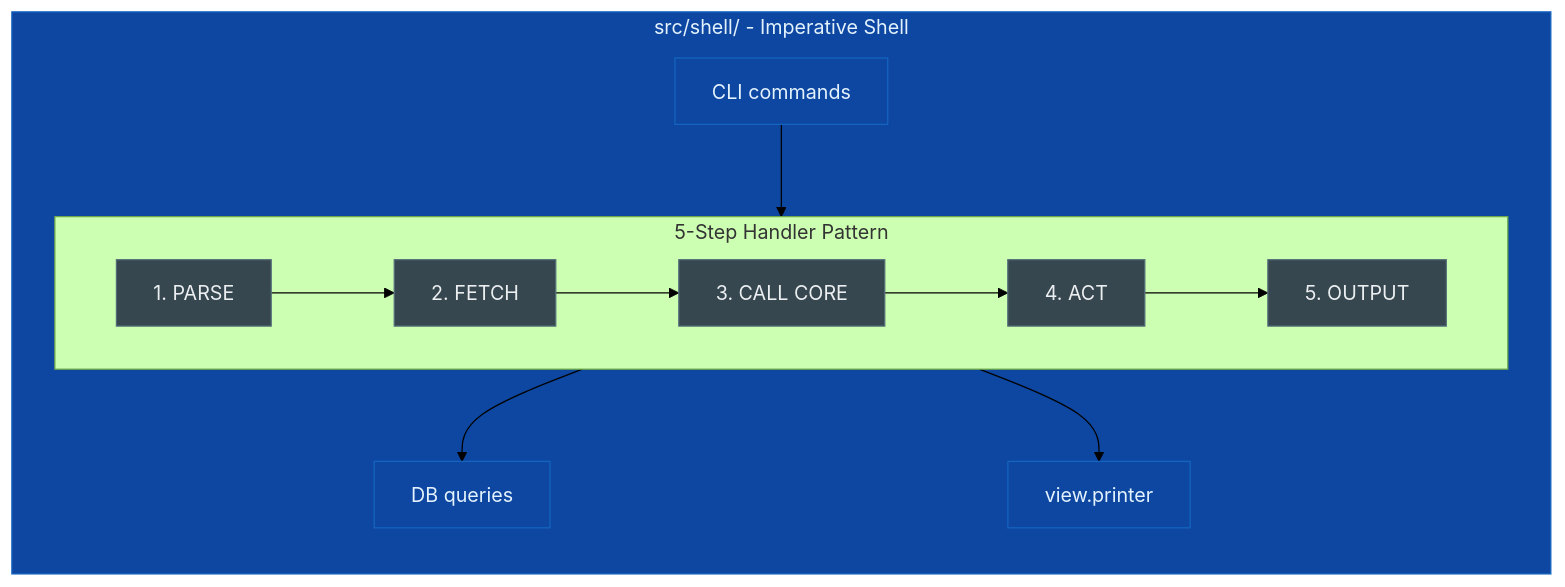
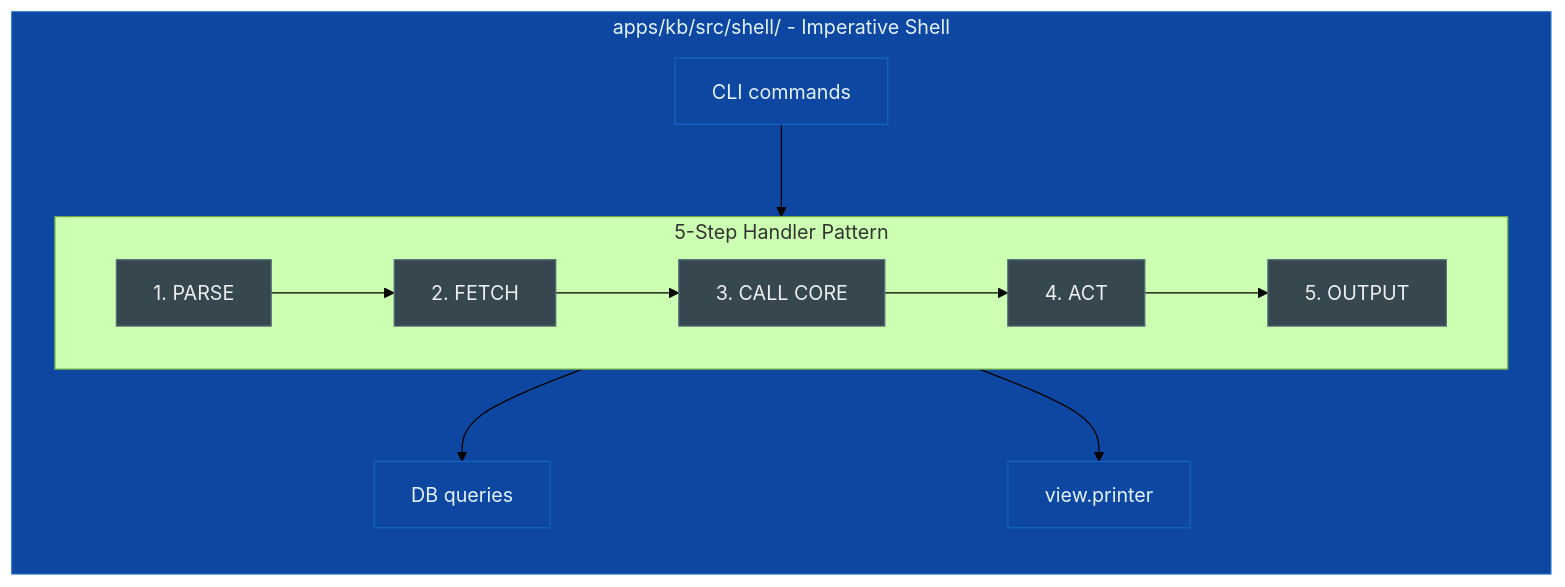
The first of 2 diagrams in assets/docs/guides/FCIS.guide.md (roalcantara/kb), drawn with Mermaid (forest theme) before and after one commit. The commit also changed other lines of this file and 41 other files, not shown here.

````diff
--- a/assets/docs/guides/FCIS.guide.md
+++ b/assets/docs/guides/FCIS.guide.md
@@ -16,24 +18,24 @@
 ```mermaid
 flowchart TB
-    subgraph SHELL[" src/shell/ - Imperative Shell "]
+    subgraph SHELL[" apps/kb/src/shell/ - Imperative Shell "]
         direction TB
         CLI["CLI commands"]
         subgraph STEPS[" 5-Step Handler Pattern "]
             P["1. PARSE"]
             F["2. FETCH"]
             C["3. CALL CORE"]
             A["4. ACT"]
             O["5. OUTPUT"]
             P --> F --> C --> A --> O
         end
         DB["DB queries"]
         PRINTER["view.printer"]
         CLI --> STEPS
         STEPS --> DB
         STEPS --> PRINTER
     end
     classDef shell fill:#0d47a1,stroke:#1565c0,color:#e3f2fd
     classDef steps fill:#37474f,stroke:#546e7a,color:#eceff1
     class SHELL,CLI,DB,PRINTER shell
     class P,F,C,A,O steps
 ```
````
